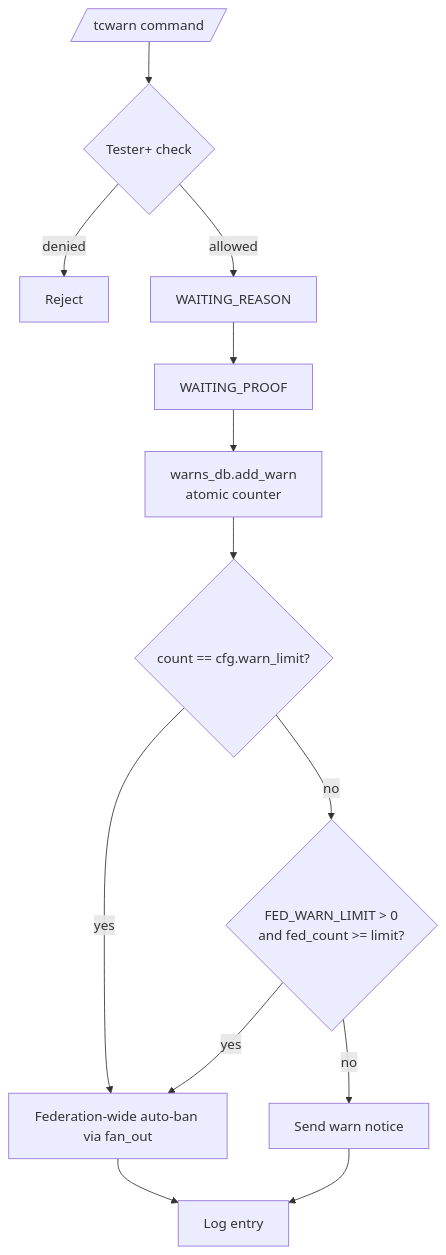
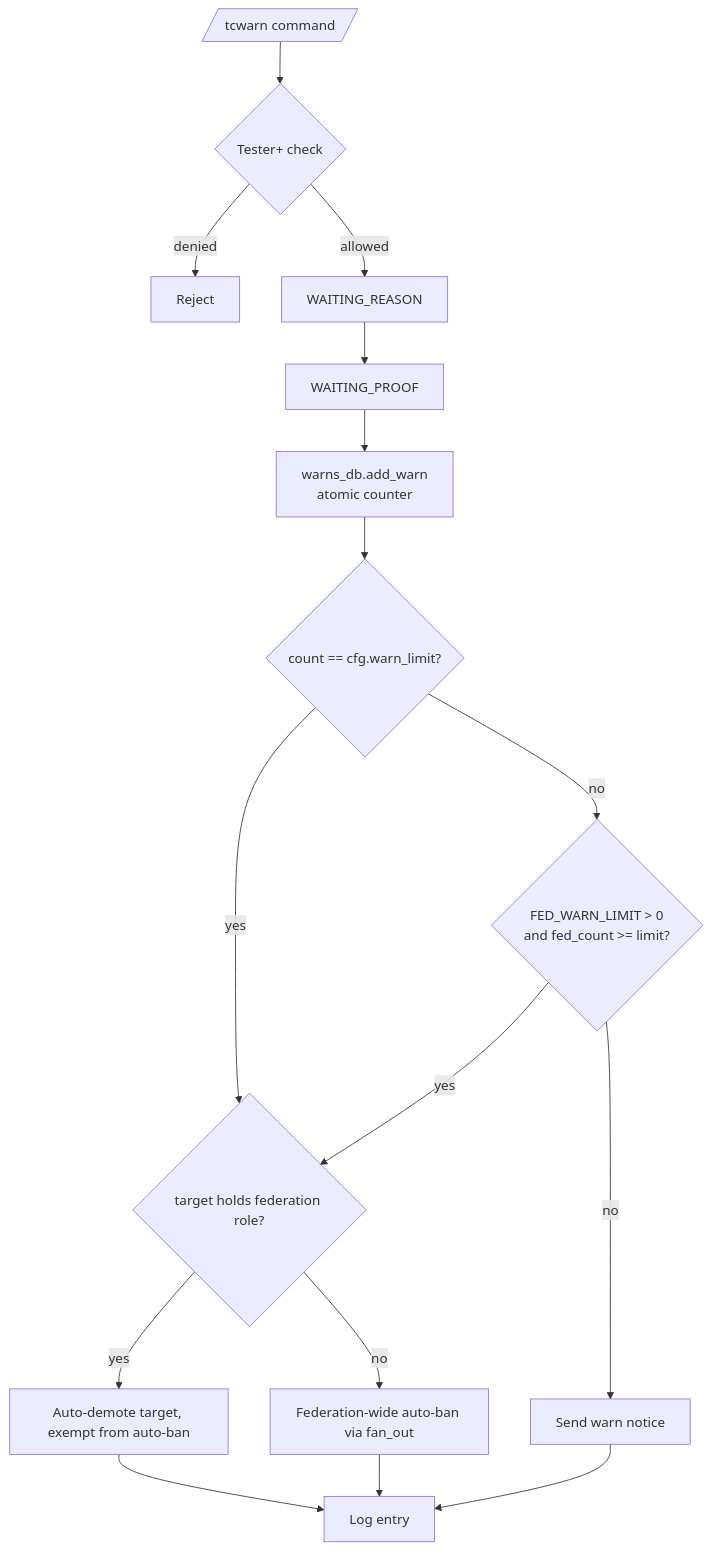
One commit to D1ZZY4/tgbot_tcf changed the diagram in docs/features/moderation/warnings.md. Above: the diagram before and after it, drawn with Mermaid. The commit also changed other lines of this file and 11 other files, not shown here.

````diff
--- a/docs/features/moderation/warnings.md
+++ b/docs/features/moderation/warnings.md
@@ -10,15 +10,18 @@
 ```mermaid
 flowchart TD
     Cmd[/tcwarn command/] --> Permission{Tester+ check}
     Permission -->|denied| End1[Reject]
     Permission -->|allowed| Reason[WAITING_REASON]
     Reason --> Proof[WAITING_PROOF]
     Proof --> AddWarn[warns_db.add_warn<br/>atomic counter]
     AddWarn --> CheckPerGroup{count == cfg.warn_limit?}
-    CheckPerGroup -->|yes| AutoBan[Federation-wide auto-ban via fan_out]
+    CheckPerGroup -->|yes| RoleCheck{target holds federation role?}
+    RoleCheck -->|yes| Exempt[Auto-demote target, exempt from auto-ban]
+    RoleCheck -->|no| AutoBan[Federation-wide auto-ban via fan_out]
     CheckPerGroup -->|no| CheckFed{FED_WARN_LIMIT > 0<br/>and fed_count >= limit?}
-    CheckFed -->|yes| AutoBan
+    CheckFed -->|yes| RoleCheck
     CheckFed -->|no| Notify[Send warn notice]
     Notify --> Log[Log entry]
     AutoBan --> Log
+    Exempt --> Log
 ```
````
